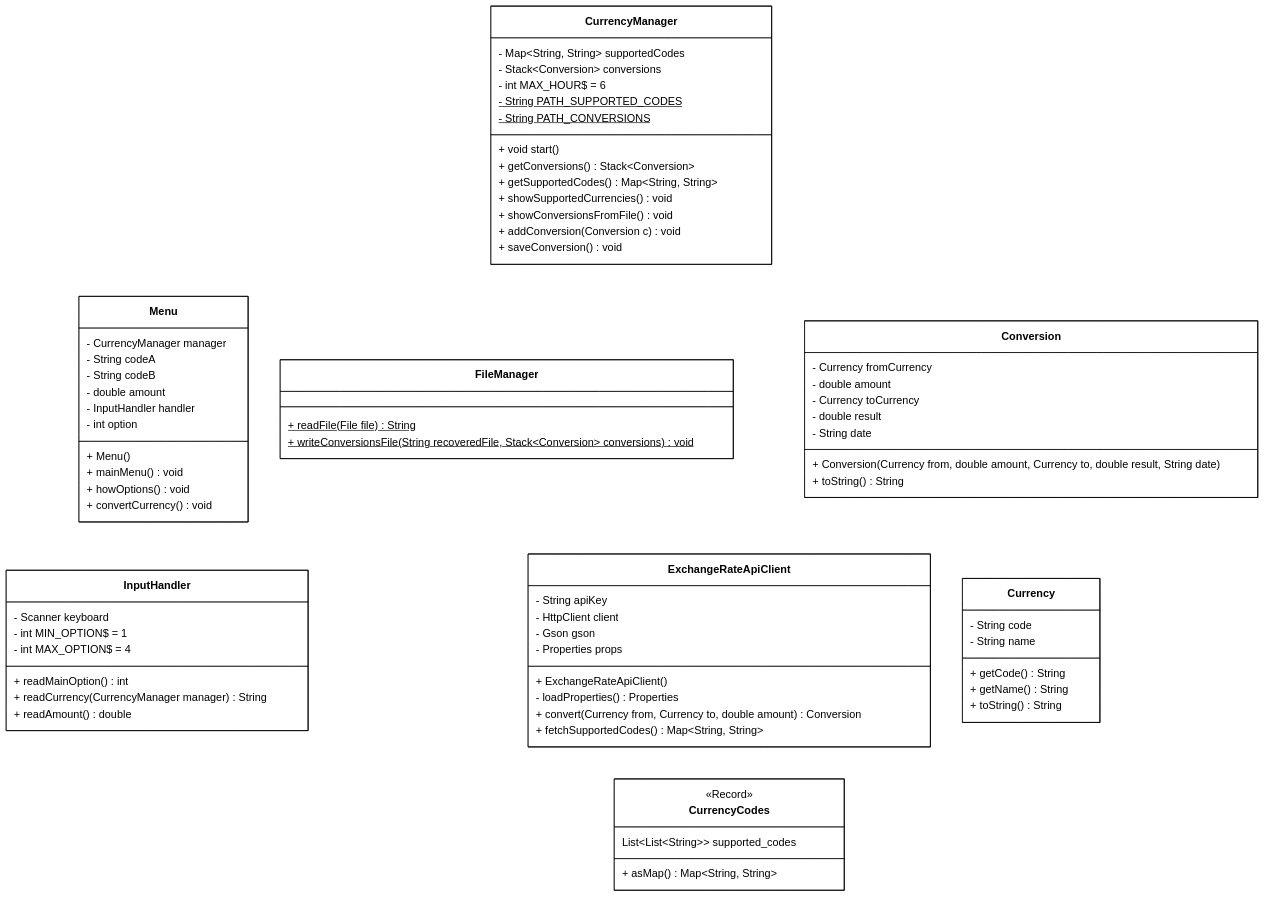
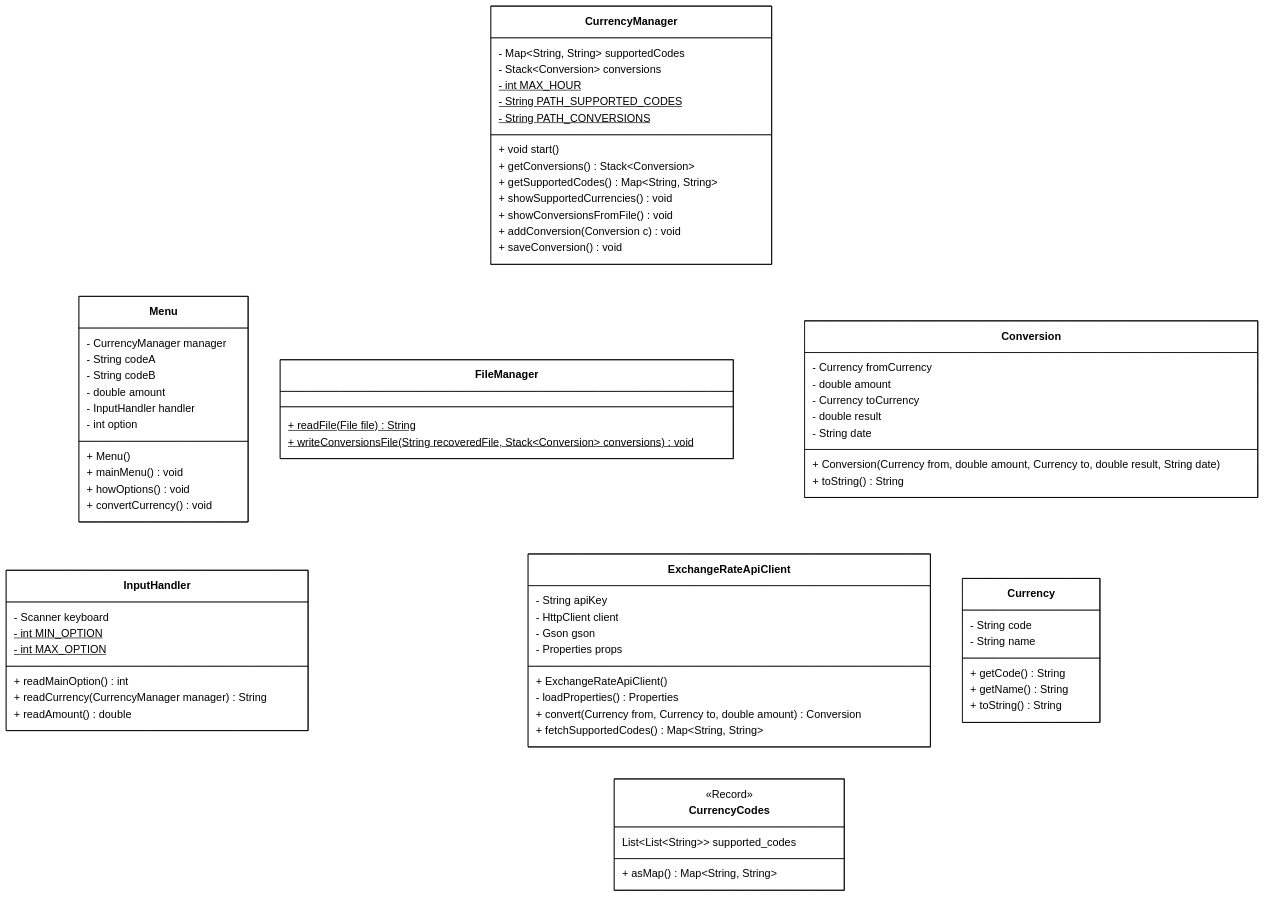
The diagram in README.md (Nico-Monti/currency-convertor), drawn with Mermaid before and after one commit.

```diff
--- a/README.md
+++ b/README.md
@@ -98,7 +98,7 @@
     class CurrencyManager {
         - Map~String, String~ supportedCodes
         - Stack~Conversion~ conversions
-        - int MAX_HOUR$ = 6
+        - int MAX_HOUR$
         - String PATH_SUPPORTED_CODES$
         - String PATH_CONVERSIONS$
 
@@ -127,8 +127,8 @@
 
     class InputHandler {
         - Scanner keyboard
-        - int MIN_OPTION$ = 1
-        - int MAX_OPTION$ = 4
+        - int MIN_OPTION$
+        - int MAX_OPTION$
 
         + readMainOption() int 
         + readCurrency(CurrencyManager manager) String
```
